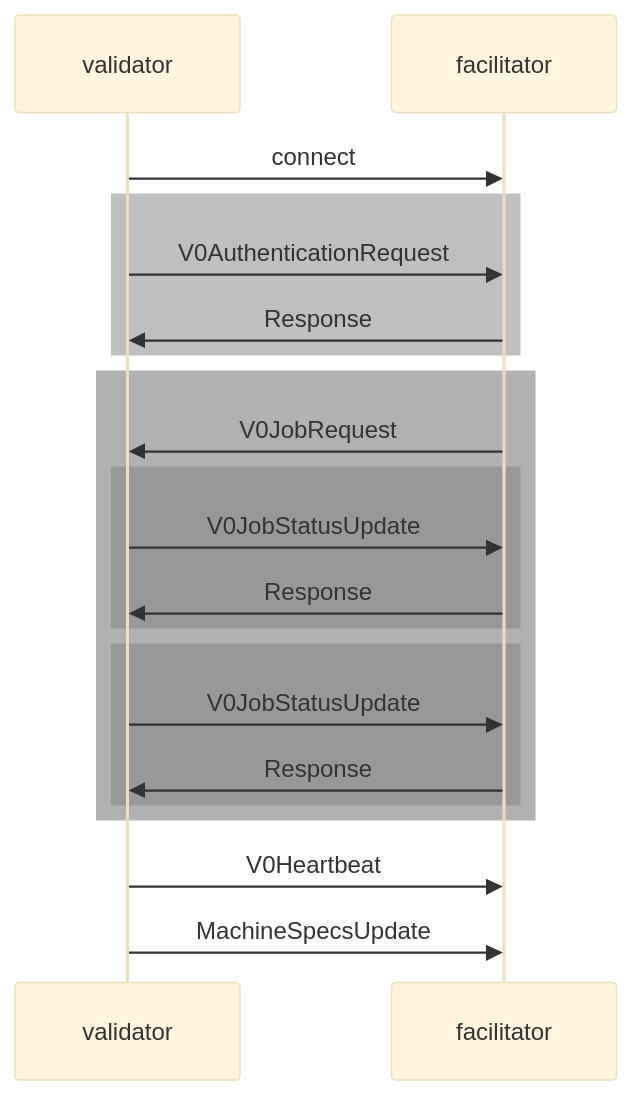
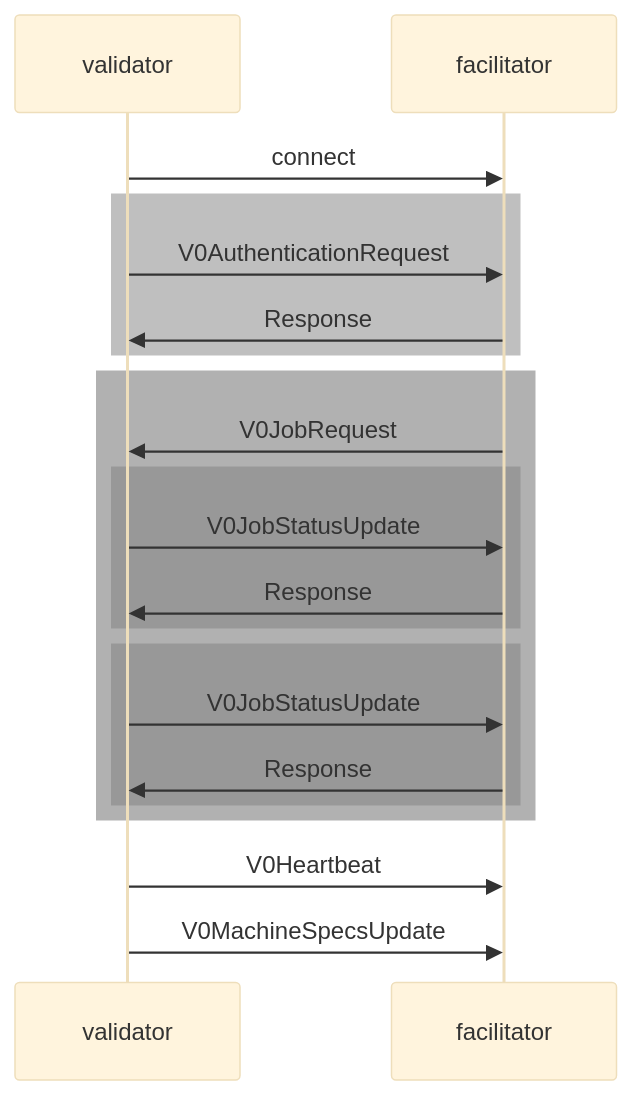
Before and after one commit to backend-developers-ltd/ComputeHorde: the diagram in docs/facilitator-protocol.md, drawn with Mermaid (base theme). The commit also changed 6 other files, not shown here.

````diff
--- a/docs/facilitator-protocol.md
+++ b/docs/facilitator-protocol.md
@@ -19,29 +19,29 @@
 ```mermaid
 sequenceDiagram
     participant validator
     participant facilitator
 
     validator->>facilitator: connect
     
     rect rgba(128, 128, 128, .5)
         validator->>facilitator: V0AuthenticationRequest
         facilitator->>validator: Response
     end
     
     rect rgba(100, 100, 100, .5)
         facilitator->>validator: V0JobRequest
     
         rect rgba(128, 128, 128, .5)
             validator->>facilitator: V0JobStatusUpdate
             facilitator->>validator: Response
         end
     
         rect rgba(128, 128, 128, .5)
             validator->>facilitator: V0JobStatusUpdate
             facilitator->>validator: Response
         end
     end
 
     validator->>facilitator: V0Heartbeat
-    validator->>facilitator: MachineSpecsUpdate
+    validator->>facilitator: V0MachineSpecsUpdate
 ```
````
